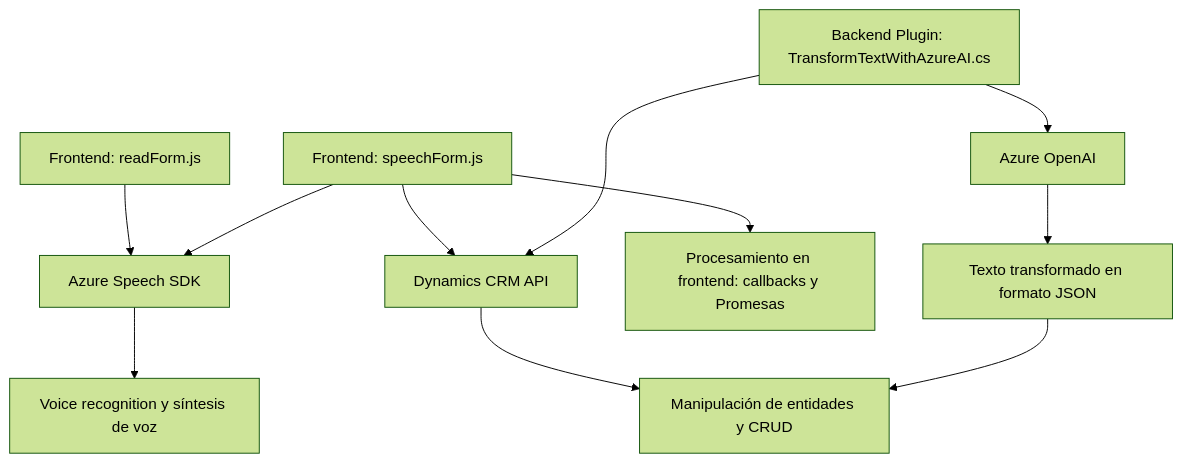
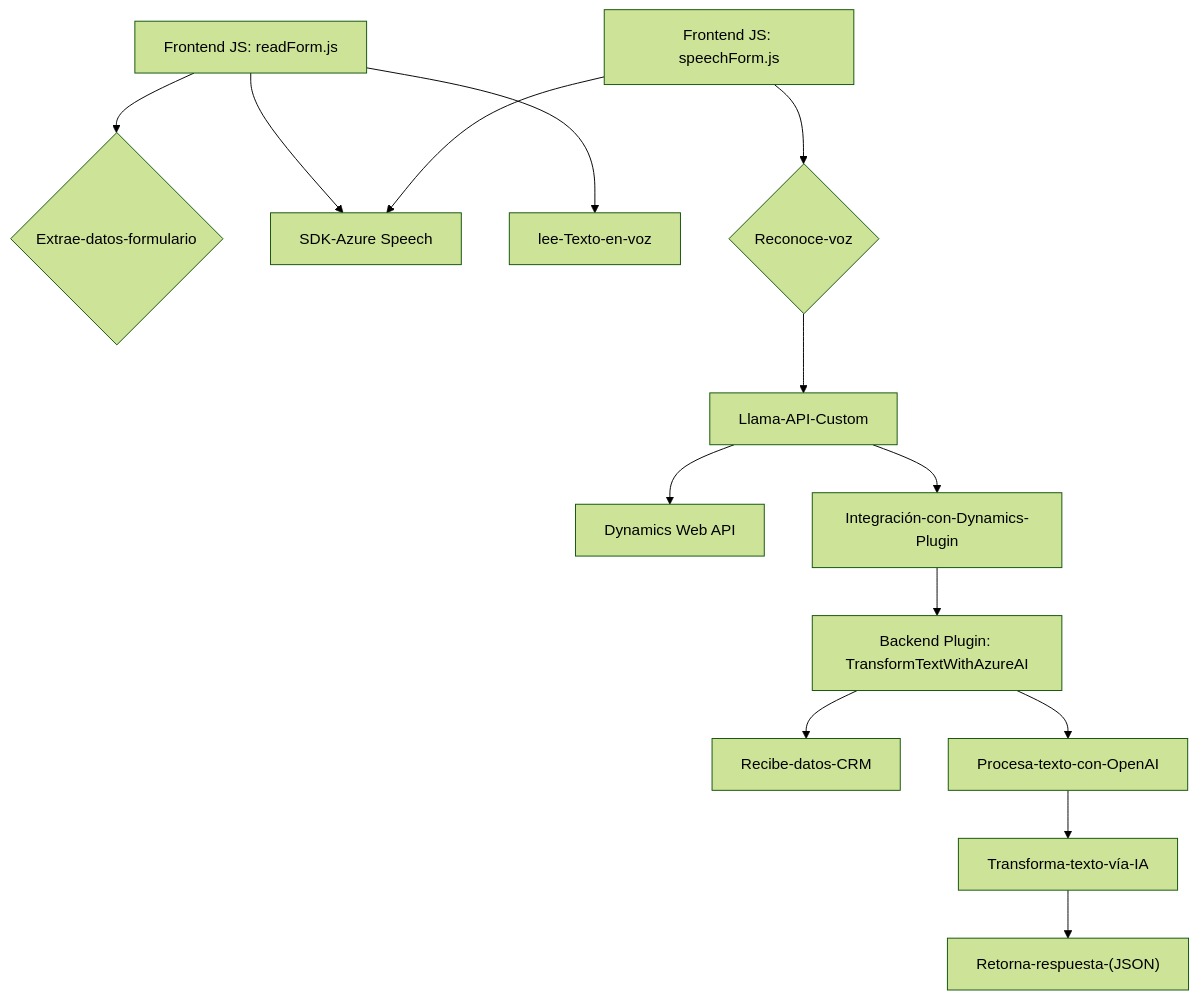
One commit to blopezdm/NETCORE_BILBAO2025 changed the diagram in README.md. Above: the diagram before and after it, drawn with Mermaid (forest theme). The commit also changed other lines of this file, not shown here.

Commit message:
Actualizar análisis global de la solución con IA

````diff
--- a/README.md
+++ b/README.md
@@ -77,13 +33,19 @@
 ```mermaid
 graph TD
-    A["Frontend: readForm.js"] --> D["Azure Speech SDK"]
-    B["Frontend: speechForm.js"] --> D
-    B --> E["Dynamics CRM API"]
-    B --> F["Procesamiento en frontend: callbacks y Promesas"]
-    C["Backend Plugin: TransformTextWithAzureAI.cs"] --> G["Azure OpenAI"]
-    C --> E
-    D --> H["Voice recognition y síntesis de voz"]
-    G --> I["Texto transformado en formato JSON"]
-    E --> J["Manipulación de entidades y CRUD"]
-    I --> J
+    A["Frontend JS: readForm.js"] --> B{"Extrae-datos-formulario"}
+    A --> C["SDK-Azure Speech"]
+    A --> D["lee-Texto-en-voz"]
+
+    E["Frontend JS: speechForm.js"] --> F{"Reconoce-voz"}
+    E --> C
+    F --> G["Llama-API-Custom"]
+    G --> H["Dynamics Web API"]
+
+    I["Backend Plugin: TransformTextWithAzureAI"] --> J["Recibe-datos-CRM"]
+    I --> K["Procesa-texto-con-OpenAI"]
+    K --> L["Transforma-texto-vía-IA"]
+    L --> M["Retorna-respuesta-(JSON)"]
+
+    G --> N["Integración-con-Dynamics-Plugin"]
+    N --> I
 ```
````
